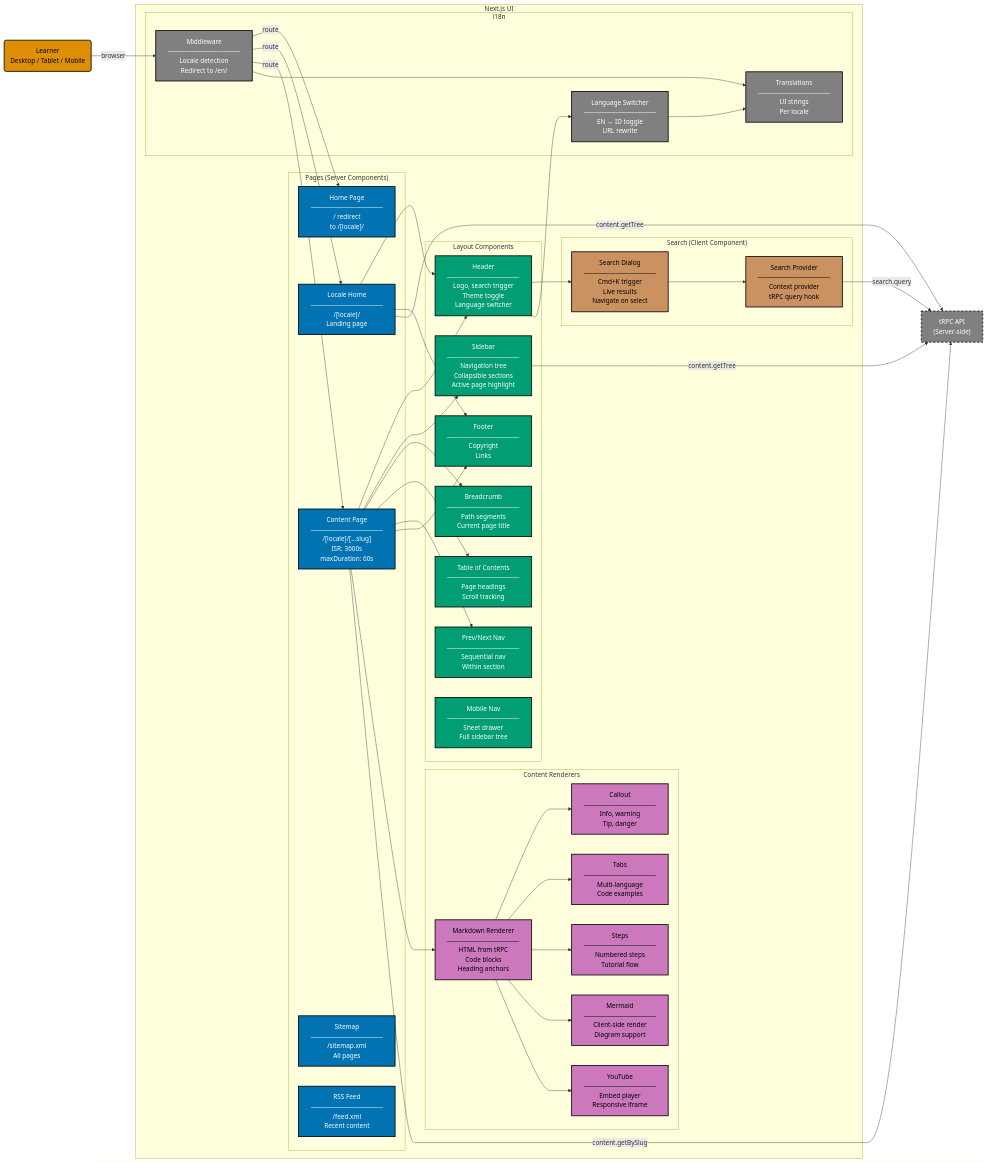
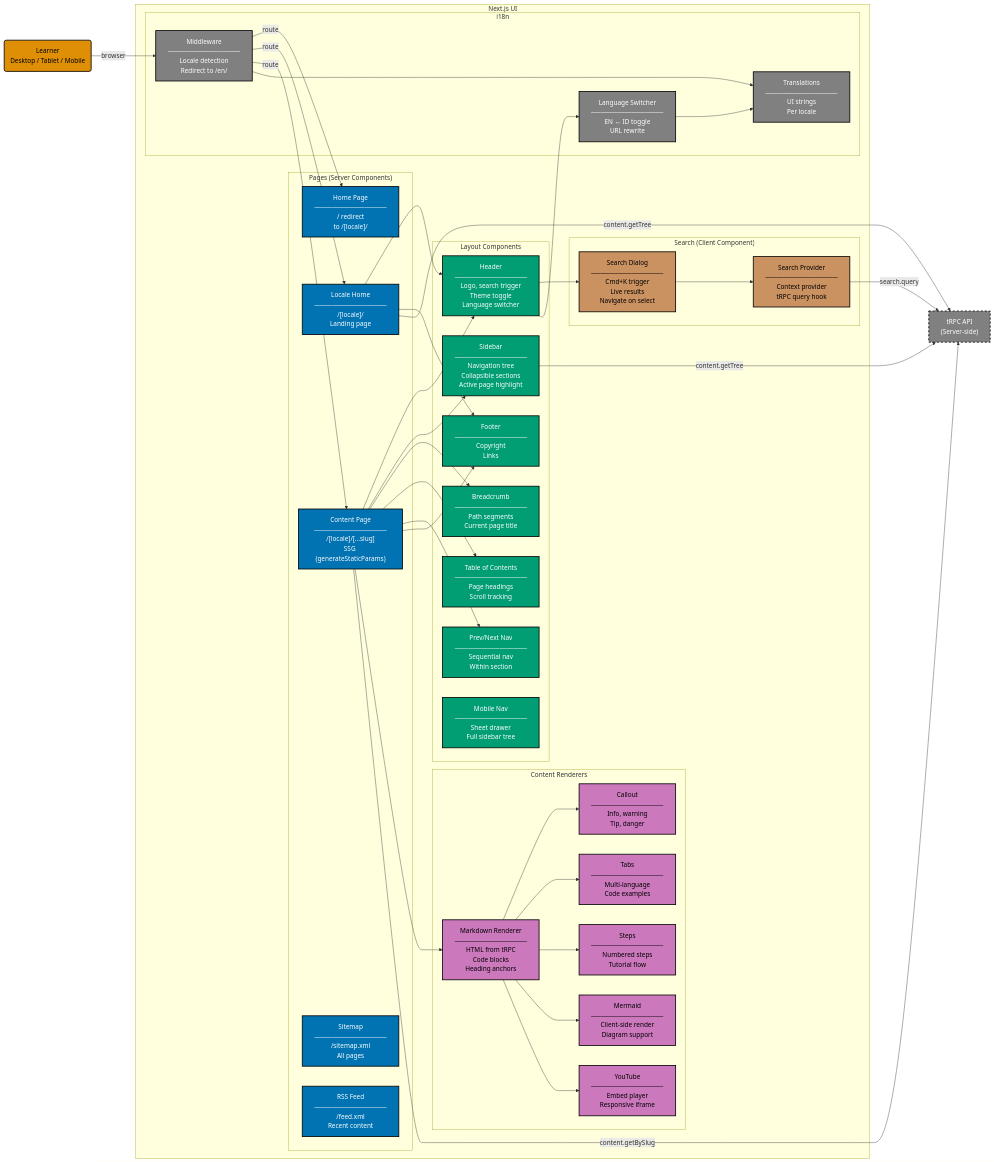
The diagram in specs/apps/ayokoding-web/c4/component-fe.md (wahidyankf/open-sharia-enterprise), drawn with Mermaid before and after one commit. The commit also changed 7 other files, not shown here.

First line of the commit message:
feat(ayokoding-web): convert content pages from ISR to full SSG

```diff
--- a/specs/apps/ayokoding-web/c4/component-fe.md
+++ b/specs/apps/ayokoding-web/c4/component-fe.md
@@ -16,7 +16,7 @@
         subgraph LAYER1["Pages (Server Components)"]
             HP["Home Page<br/>────────────────<br/>/ redirect<br/>to /[locale]/"]:::page
             LP["Locale Home<br/>────────────────<br/>/[locale]/<br/>Landing page"]:::page
-            CP["Content Page<br/>────────────────<br/>/[locale]/[...slug]<br/>ISR: 3600s<br/>maxDuration: 60s"]:::page
+            CP["Content Page<br/>────────────────<br/>/[locale]/[...slug]<br/>SSG (generateStaticParams)"]:::page
             SP["Sitemap<br/>────────────────<br/>/sitemap.xml<br/>All pages"]:::page
             FP["RSS Feed<br/>────────────────<br/>/feed.xml<br/>Recent content"]:::page
         end
```
